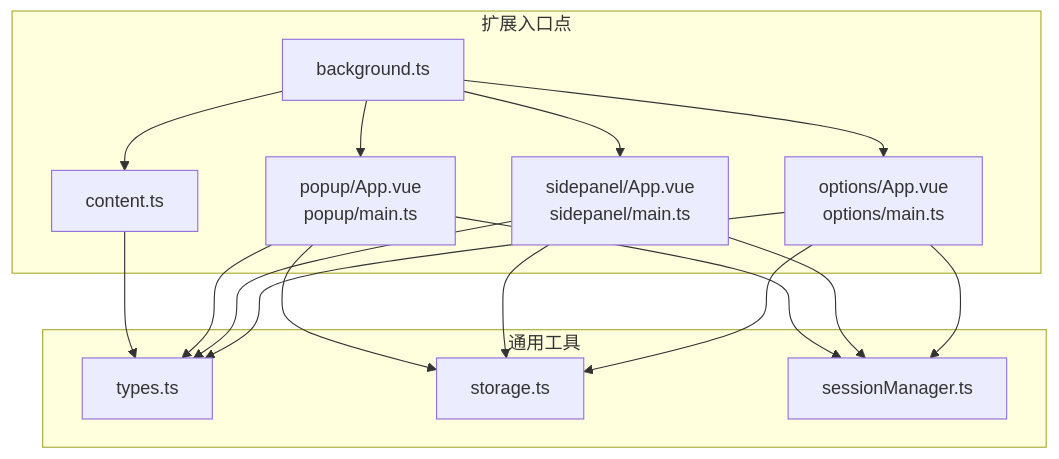
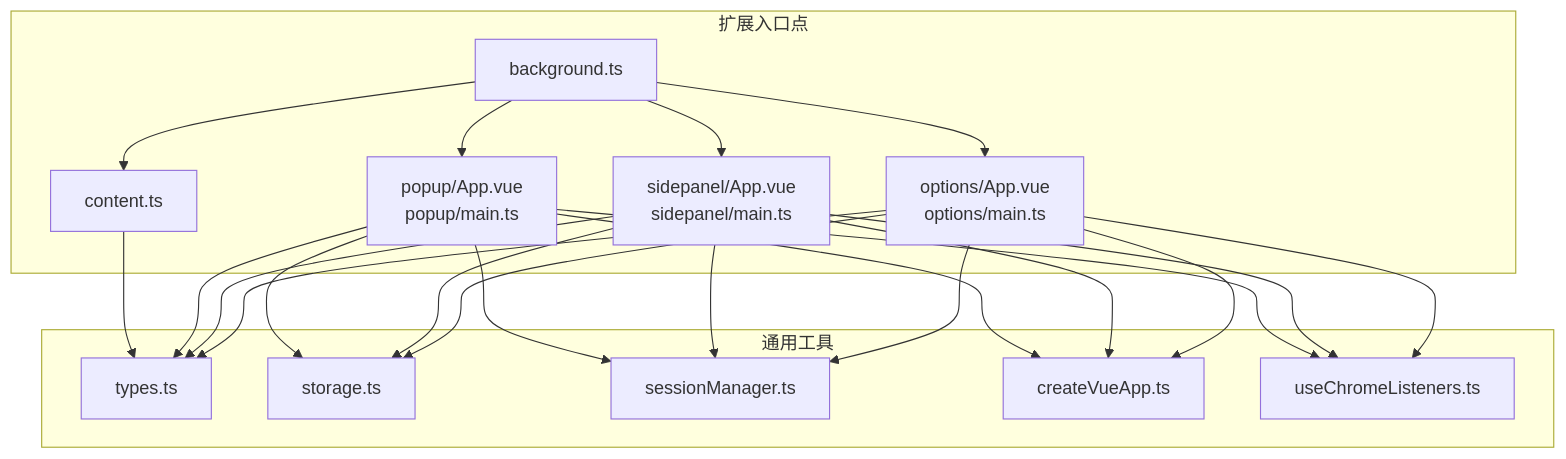
Before and after one commit to liaolongdong/account-password-helper: the first of 6 diagrams in .qoder/repowiki/zh/content/扩展入口点/扩展入口点.md, drawn with Mermaid. The commit also changed other lines of this file and 23 other files, not shown here.

````diff
--- a/.qoder/repowiki/zh/content/扩展入口点/扩展入口点.md
+++ b/.qoder/repowiki/zh/content/扩展入口点/扩展入口点.md
@@ -38,29 +46,37 @@
 ```mermaid
 graph TB
 subgraph "扩展入口点"
 BG["background.ts"]
 CT["content.ts"]
 POP["popup/App.vue<br/>popup/main.ts"]
 SP["sidepanel/App.vue<br/>sidepanel/main.ts"]
 OPT["options/App.vue<br/>options/main.ts"]
 end
 subgraph "通用工具"
 TYPES["types.ts"]
 STORE["storage.ts"]
 SESS["sessionManager.ts"]
+CREATEAPP["createVueApp.ts"]
+LISTENERS["useChromeListeners.ts"]
 end
 BG --> CT
 BG --> POP
 BG --> SP
 BG --> OPT
 POP --> STORE
 SP --> STORE
 OPT --> STORE
 POP --> SESS
 SP --> SESS
 OPT --> SESS
 CT --> TYPES
 POP --> TYPES
 SP --> TYPES
 OPT --> TYPES
+POP --> CREATEAPP
+SP --> CREATEAPP
+OPT --> CREATEAPP
+POP --> LISTENERS
+SP --> LISTENERS
+OPT --> LISTENERS
 ```
````
